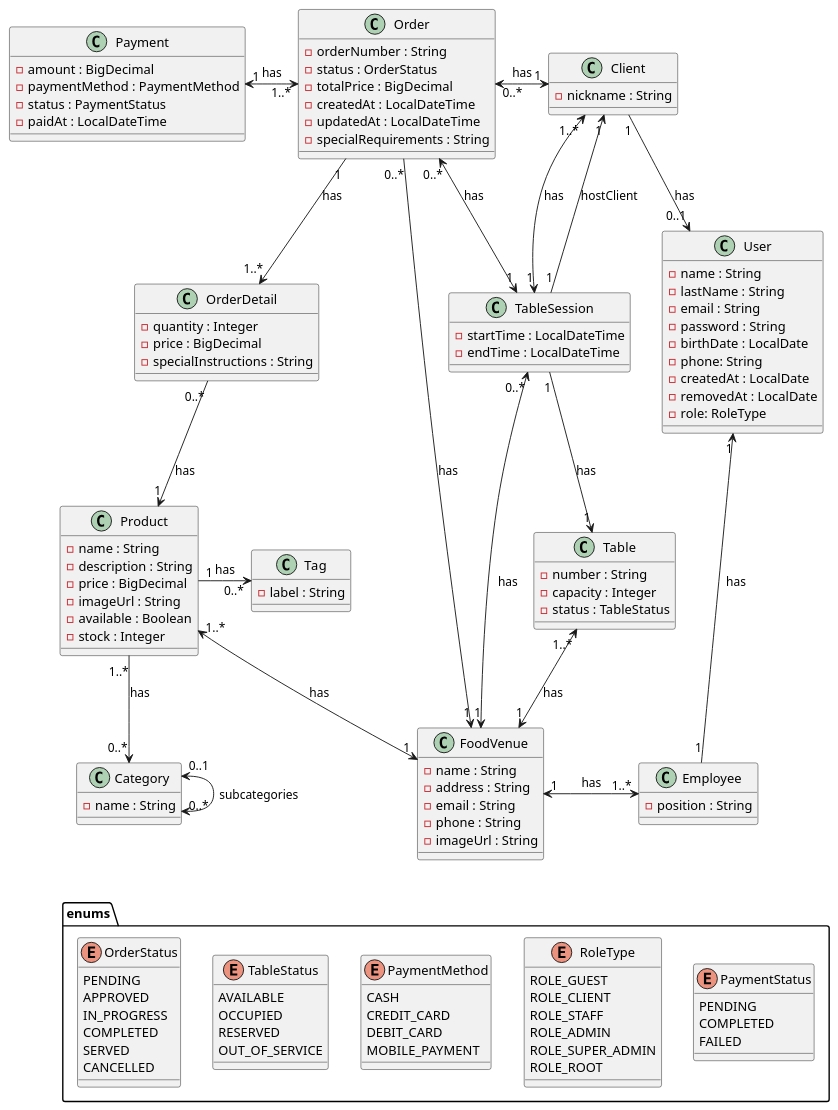
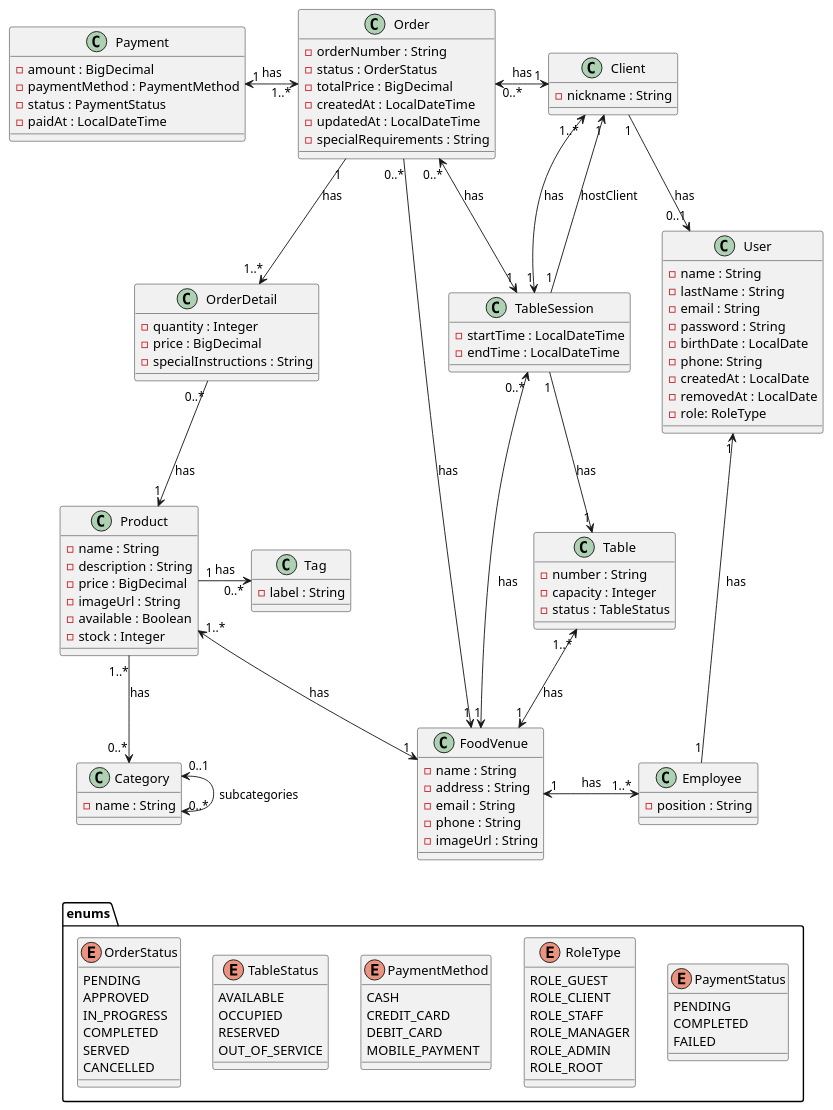
Before and after one commit to RodriLang/food-ordering-API: the diagram in src/main/resources/diagrams/FoodVenues.puml, drawn with PlantUML. The commit also changed 25 other files, not shown here.

```diff
--- a/src/main/resources/diagrams/FoodVenues.puml
+++ b/src/main/resources/diagrams/FoodVenues.puml
@@ -1,157 +1,157 @@
 @startuml
 
 
 ' === Main entities ===
 
 class User {
     - name : String
     - lastName : String
     - email : String
     - password : String
     - birthDate : LocalDate
     - phone: String
     - createdAt : LocalDate
     - removedAt : LocalDate
     - role: RoleType
 }
 
 class Client {
     - nickname : String
 }
 
 class Employee {
     - position : String
 }
 
 class FoodVenue {
     - name : String
     - address : String
     - email : String
     - phone : String
     - imageUrl : String
 }
 
 class Table {
     - number : String
     - capacity : Integer
     - status : TableStatus
 }
 
 class TableSession {
     - startTime : LocalDateTime
     - endTime : LocalDateTime
 }
 
 
 
 class Product {
     - name : String
     - description : String
     - price : BigDecimal
     - imageUrl : String
     - available : Boolean
     - stock : Integer
 }
 
 class Category {
     - name : String
 }
 
 class Tag {
     - label : String
 }
 
 class Order {
     - orderNumber : String
     - status : OrderStatus
     - totalPrice : BigDecimal
     - createdAt : LocalDateTime
     - updatedAt : LocalDateTime
     - specialRequirements : String
 }
 
 class OrderDetail {
     -quantity : Integer
     -price : BigDecimal
     -specialInstructions : String
 }
 
 class Payment {
     - amount : BigDecimal
     - paymentMethod : PaymentMethod
     - status : PaymentStatus
     - paidAt : LocalDateTime
 }
 
 
 ' === Enums ===
 package enums {
     enum TableStatus {
         AVAILABLE
         OCCUPIED
         RESERVED
         OUT_OF_SERVICE
     }
 
     enum RoleType {
         ROLE_GUEST
         ROLE_CLIENT
         ROLE_STAFF
+        ROLE_MANAGER
         ROLE_ADMIN
-        ROLE_SUPER_ADMIN
         ROLE_ROOT
     }
 
     enum OrderStatus {
         PENDING
         APPROVED
         IN_PROGRESS
         COMPLETED
         SERVED
         CANCELLED
     }
 
     enum PaymentStatus {
         PENDING
         COMPLETED
         FAILED
     }
 
     enum PaymentMethod {
       CASH
       CREDIT_CARD
       DEBIT_CARD
       MOBILE_PAYMENT
     }
 }
 
 ' === Relations ===
 FoodVenue "1" <-up-> "1..*" Table : has
 FoodVenue "1" <-up-> "0..*" TableSession : has
 FoodVenue "1" <-left-> "1..*" Product : has
 FoodVenue "1" <-left- "0..*" Order : has
 FoodVenue "1" <-right-> "1..*" Employee : has
 Product "1..*" -down-> "0..*" Category : has
 Product "1" -right-> "0..*" Tag : has
 TableSession "1" <-left-> "0..*" Order : has
 TableSession "1" <-up-> "1..*" Client : has
 TableSession "1" --> "1" Client : hostClient
 TableSession "1" -down-> "1" Table : has
 Payment "1" <-right-> "1..*" Order : has
 Client "1" <-left-> "0..* " Order : has
 Order "1" -down-> "1..*" OrderDetail : has
 OrderDetail "0..*" -down-> "1" Product : has
 Client "1" -down-> "0..1" User : has
 Employee "1" -up-> "1" User : has
 Category "0..1" <--> "0..*" Category : subcategories
 
 
 
 
 TableStatus -right[hidden]- PaymentMethod
 TableStatus -left[hidden]- OrderStatus
 PaymentMethod -right[hidden]- RoleType
 RoleType -right[hidden]- PaymentStatus
 OrderStatus -up[hidden]- Category
 
 @enduml
```
